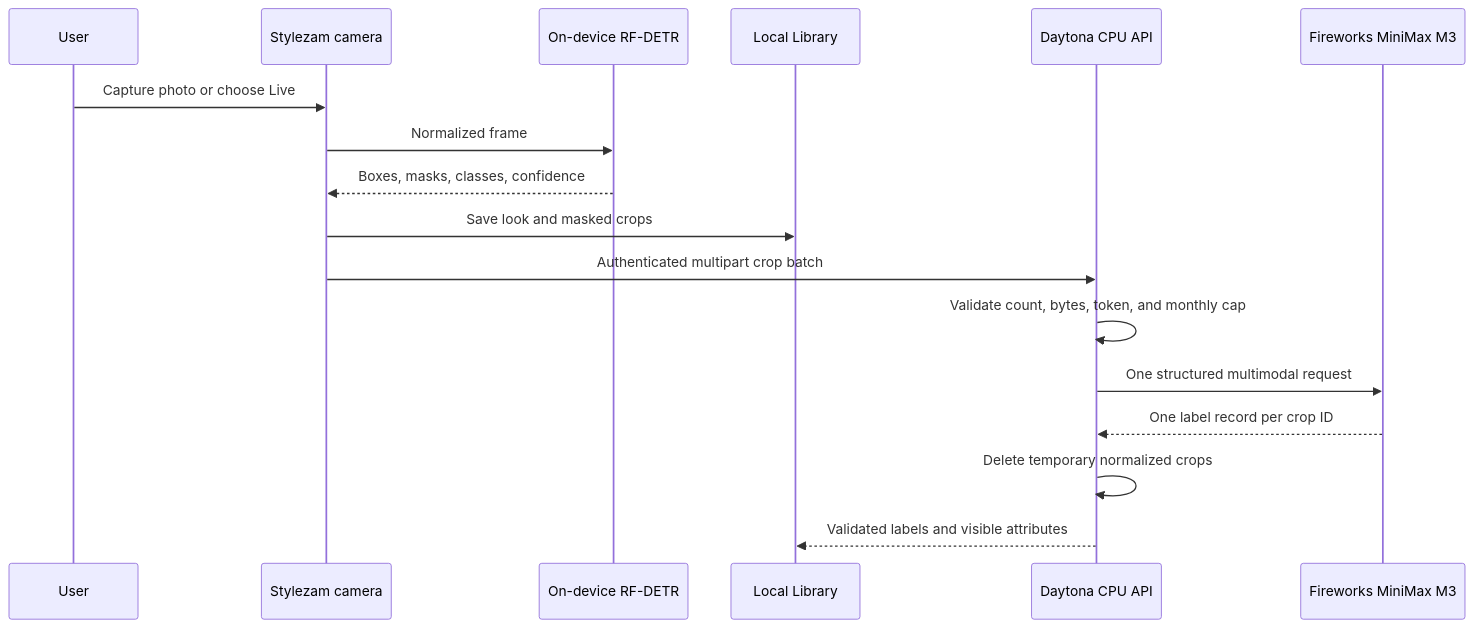
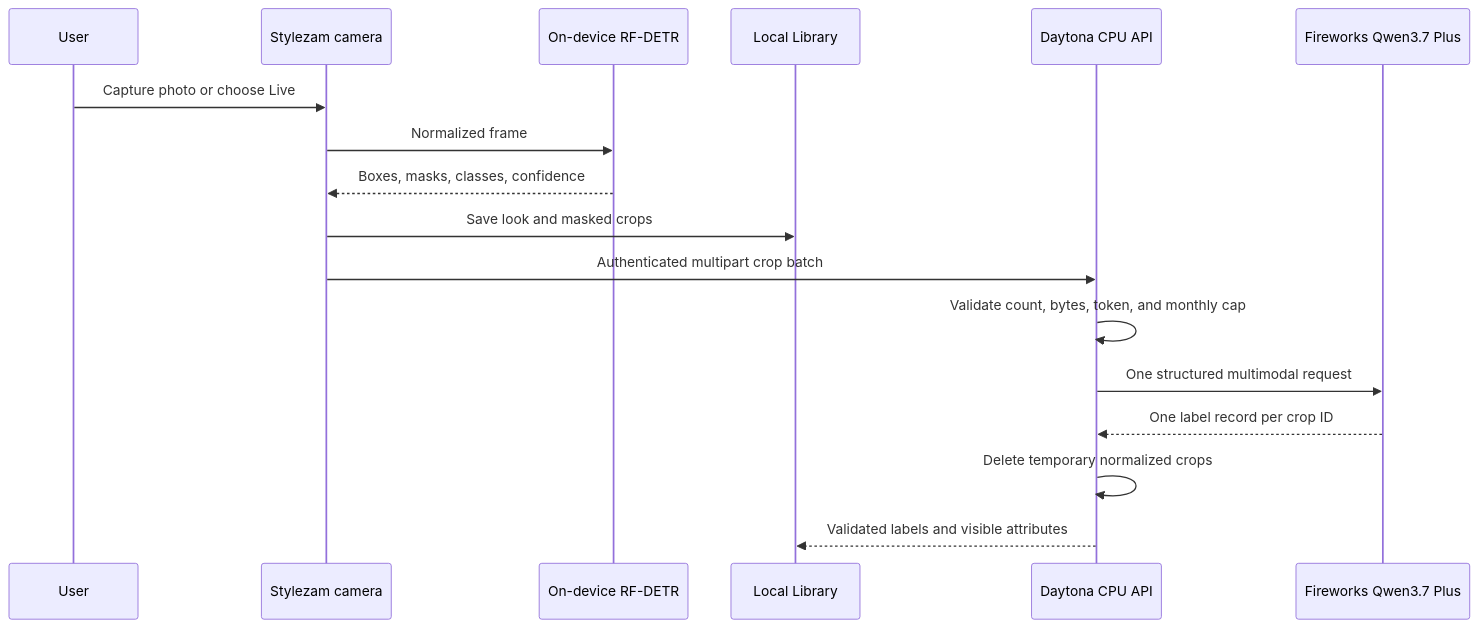
Before and after one commit to meowshmalloww/Stylezam: the diagram in docs/ARCHITECTURE.md, drawn with Mermaid. The commit also changed other lines of this file and 19 other files, not shown here.

````diff
--- a/docs/ARCHITECTURE.md
+++ b/docs/ARCHITECTURE.md
@@ -9,20 +9,20 @@
 ```mermaid
 sequenceDiagram
     participant User
     participant Camera as Stylezam camera
     participant CoreML as On-device RF-DETR
     participant Library as Local Library
     participant API as Daytona CPU API
-    participant Fireworks as Fireworks MiniMax M3
+    participant Fireworks as Fireworks Qwen3.7 Plus
 
     User->>Camera: Capture photo or choose Live
     Camera->>CoreML: Normalized frame
     CoreML-->>Camera: Boxes, masks, classes, confidence
     Camera->>Library: Save look and masked crops
     Camera->>API: Authenticated multipart crop batch
     API->>API: Validate count, bytes, token, and monthly cap
     API->>Fireworks: One structured multimodal request
     Fireworks-->>API: One label record per crop ID
     API->>API: Delete temporary normalized crops
     API-->>Library: Validated labels and visible attributes
 ```
````
